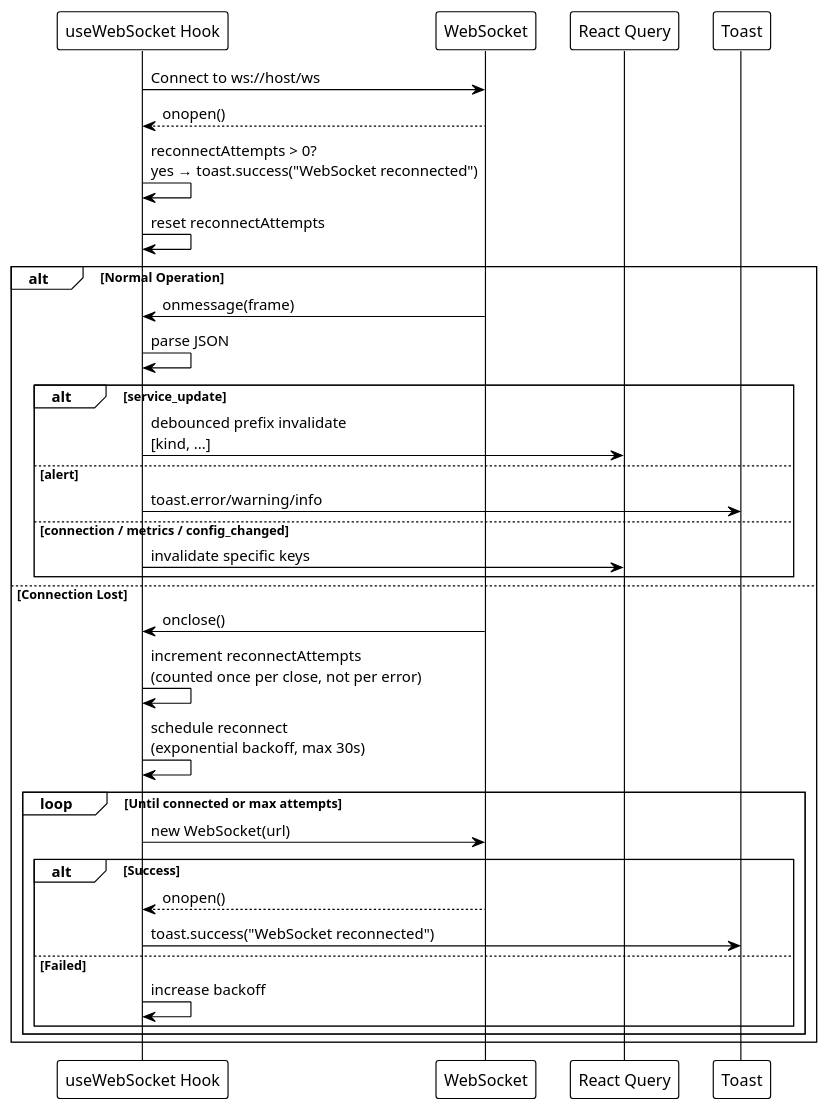
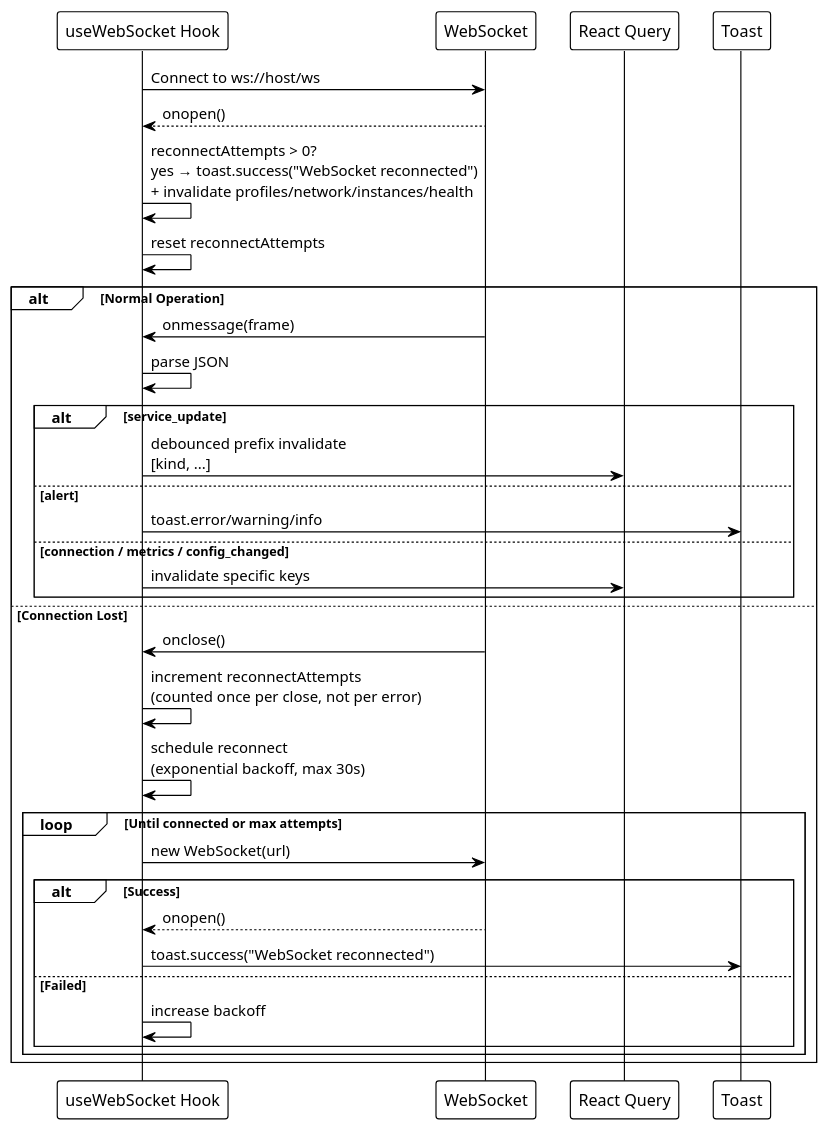
Before and after one commit to EraPartner/Watchman: the third of 3 diagrams in docs/features/real-time-updates.md, drawn with PlantUML. The commit also changed other lines of this file and 9 other files, not shown here.

````diff
--- a/docs/features/real-time-updates.md
+++ b/docs/features/real-time-updates.md
@@ -227,42 +228,42 @@
 ```plantuml
 @startuml
 !theme plain
 
 participant "useWebSocket Hook" as Hook
 participant "WebSocket" as WS
 participant "React Query" as Query
 participant "Toast" as Toast
 
 Hook -> WS : Connect to ws://host/ws
 WS --> Hook : onopen()
-Hook -> Hook : reconnectAttempts > 0?\nyes → toast.success("WebSocket reconnected")
+Hook -> Hook : reconnectAttempts > 0?\nyes → toast.success("WebSocket reconnected")\n+ invalidate profiles/network/instances/health
 Hook -> Hook : reset reconnectAttempts
 
 alt Normal Operation
     WS -> Hook : onmessage(frame)
     Hook -> Hook : parse JSON
 
     alt service_update
         Hook -> Query : debounced prefix invalidate\n[kind, ...]
     else alert
         Hook -> Toast : toast.error/warning/info
     else connection / metrics / config_changed
         Hook -> Query : invalidate specific keys
     end
 else Connection Lost
     WS -> Hook : onclose()
     Hook -> Hook : increment reconnectAttempts\n(counted once per close, not per error)
     Hook -> Hook : schedule reconnect\n(exponential backoff, max 30s)
 
     loop Until connected or max attempts
         Hook -> WS : new WebSocket(url)
         alt Success
             WS --> Hook : onopen()
             Hook -> Toast : toast.success("WebSocket reconnected")
         else Failed
             Hook -> Hook : increase backoff
         end
     end
 end
 @enduml
 ```
````
